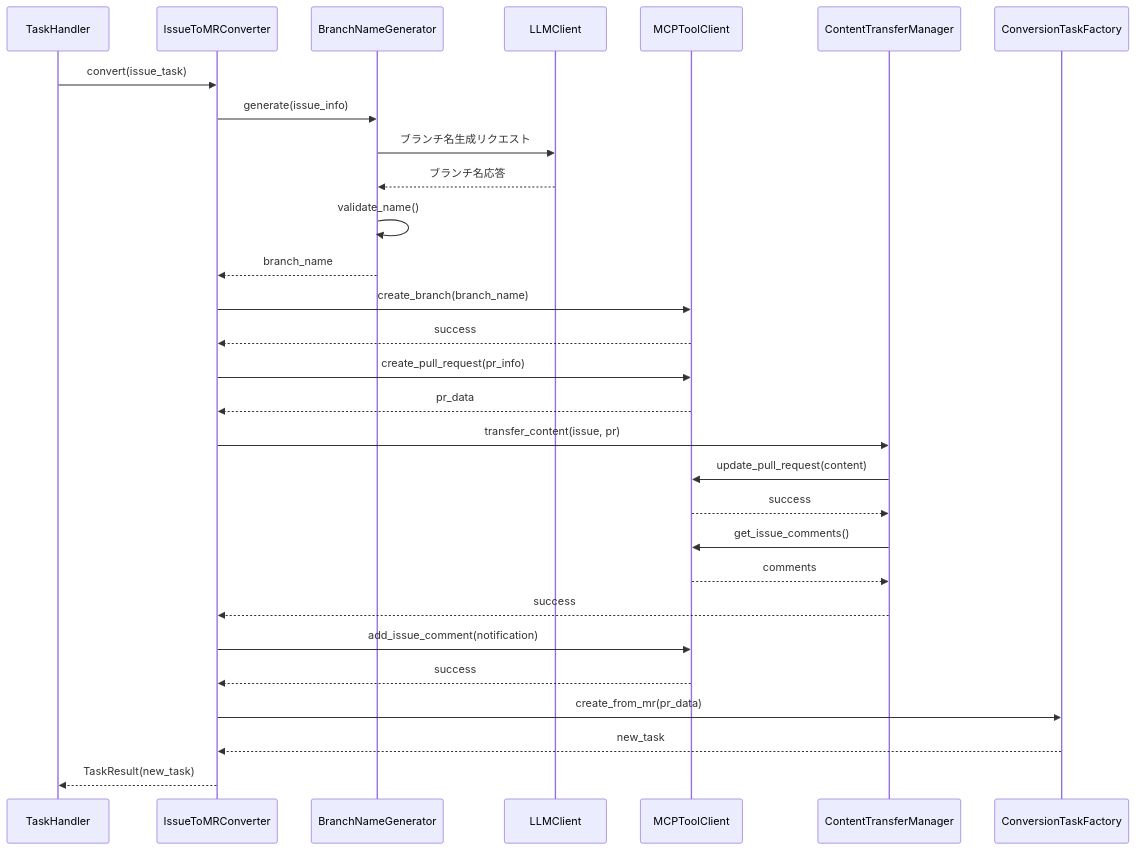
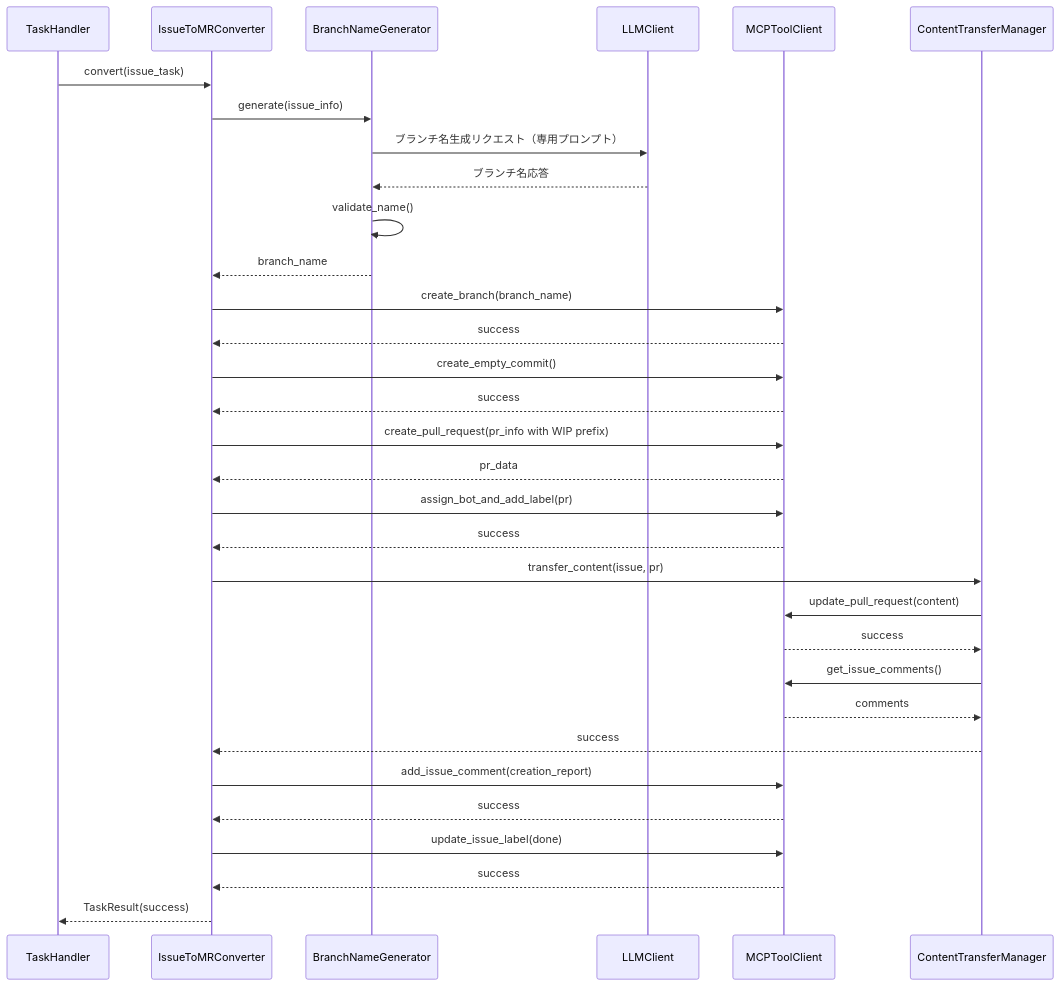
Before and after one commit to notfolder/coding_agent: the third of 3 diagrams in docs/spec/ISSUE_TO_MR_CONVERSION_SPECIFICATION.md, drawn with Mermaid. The commit also changed other lines of this file and 1 other file, not shown here.

````diff
--- a/docs/spec/ISSUE_TO_MR_CONVERSION_SPECIFICATION.md
+++ b/docs/spec/ISSUE_TO_MR_CONVERSION_SPECIFICATION.md
@@ -477,38 +440,43 @@
 ```mermaid
 sequenceDiagram
     participant TH as TaskHandler
     participant IC as IssueToMRConverter
     participant BNG as BranchNameGenerator
     participant LLM as LLMClient
     participant MCP as MCPToolClient
     participant CTM as ContentTransferManager
-    participant CTF as ConversionTaskFactory
 
     TH->>IC: convert(issue_task)
     IC->>BNG: generate(issue_info)
-    BNG->>LLM: ブランチ名生成リクエスト
+    BNG->>LLM: ブランチ名生成リクエスト（専用プロンプト）
     LLM-->>BNG: ブランチ名応答
     BNG->>BNG: validate_name()
     BNG-->>IC: branch_name
     
     IC->>MCP: create_branch(branch_name)
     MCP-->>IC: success
     
-    IC->>MCP: create_pull_request(pr_info)
+    IC->>MCP: create_empty_commit()
+    MCP-->>IC: success
+    
+    IC->>MCP: create_pull_request(pr_info with WIP prefix)
     MCP-->>IC: pr_data
+    
+    IC->>MCP: assign_bot_and_add_label(pr)
+    MCP-->>IC: success
     
     IC->>CTM: transfer_content(issue, pr)
     CTM->>MCP: update_pull_request(content)
     MCP-->>CTM: success
     CTM->>MCP: get_issue_comments()
     MCP-->>CTM: comments
     CTM-->>IC: success
     
-    IC->>MCP: add_issue_comment(notification)
+    IC->>MCP: add_issue_comment(creation_report)
     MCP-->>IC: success
     
-    IC->>CTF: create_from_mr(pr_data)
-    CTF-->>IC: new_task
+    IC->>MCP: update_issue_label(done)
+    MCP-->>IC: success
     
-    IC-->>TH: TaskResult(new_task)
+    IC-->>TH: TaskResult(success)
 ```
````
